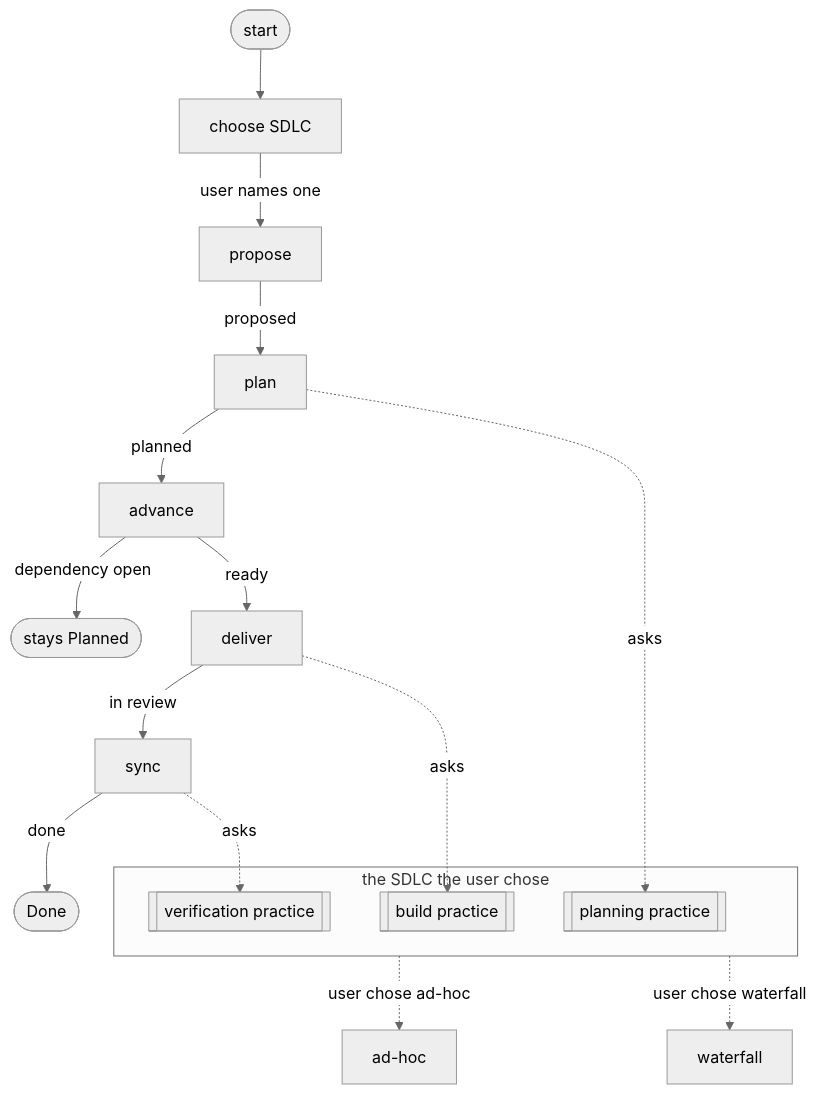
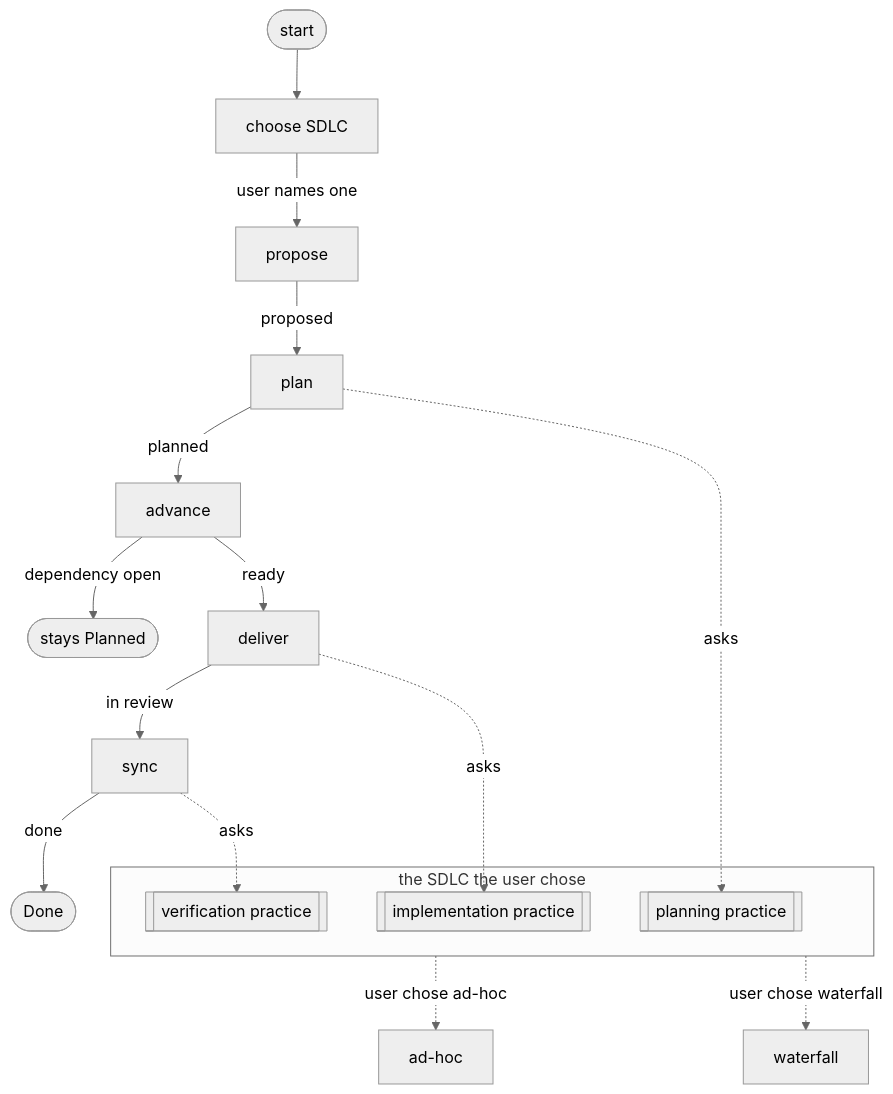
Before and after one commit to m2ux/prosiform: the diagram in example/project-lifecycle/README.md, drawn with Mermaid (neutral theme).

Commit message:
Name the deliver stage's practice the implementation practice

````diff
--- a/example/project-lifecycle/README.md
+++ b/example/project-lifecycle/README.md
@@ -9,21 +9,21 @@
 ```mermaid
 flowchart TD
   start(["start"]) --> choose["choose SDLC"]
   choose -->|user names one| propose["propose"]
   propose -->|proposed| plan["plan"]
   plan -->|planned| advance["advance"]
   advance -->|dependency open| held(["stays Planned"])
   advance -->|ready| deliver["deliver"]
   deliver -->|in review| sync["sync"]
   sync -->|done| done(["Done"])
   plan -.->|asks| planning[["planning practice"]]
-  deliver -.->|asks| building[["build practice"]]
+  deliver -.->|asks| implementing[["implementation practice"]]
   sync -.->|asks| verifying[["verification practice"]]
   subgraph sdlc["the SDLC the user chose"]
     planning
-    building
+    implementing
     verifying
   end
   sdlc -.->|user chose ad-hoc| adhoc["ad-hoc"]
   sdlc -.->|user chose waterfall| waterfall["waterfall"]
 ```
````
